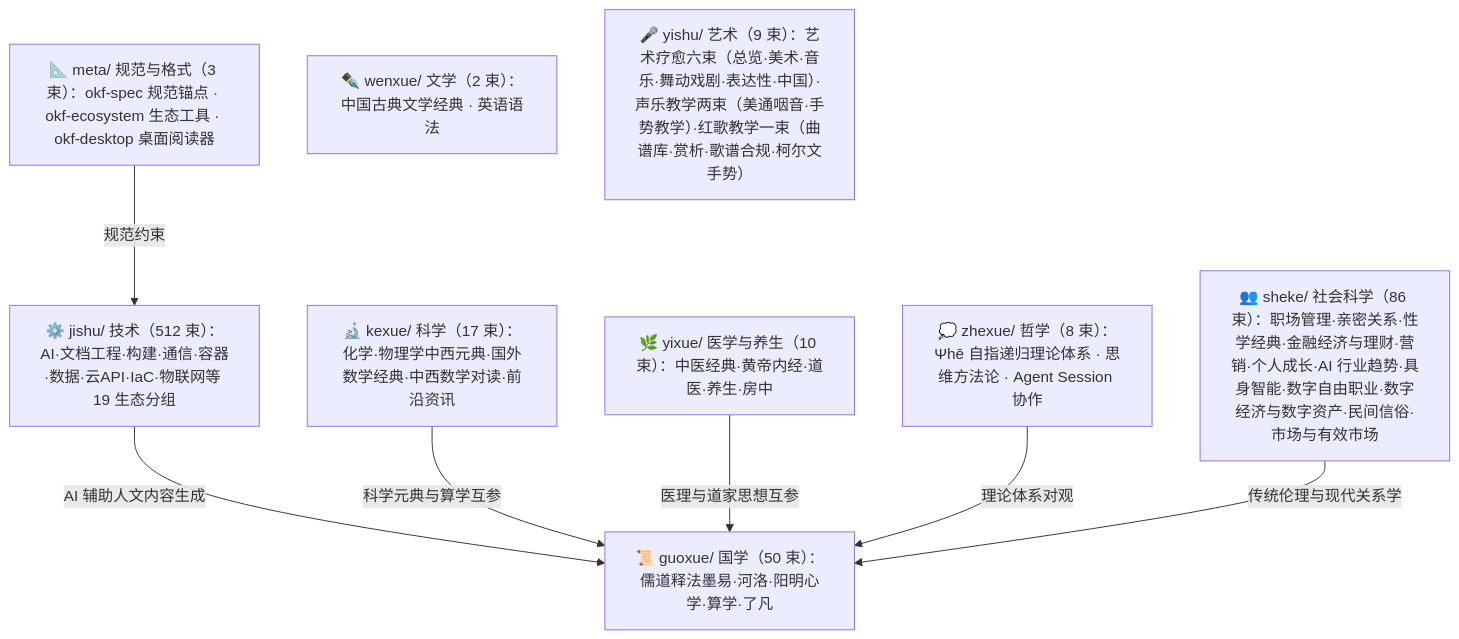
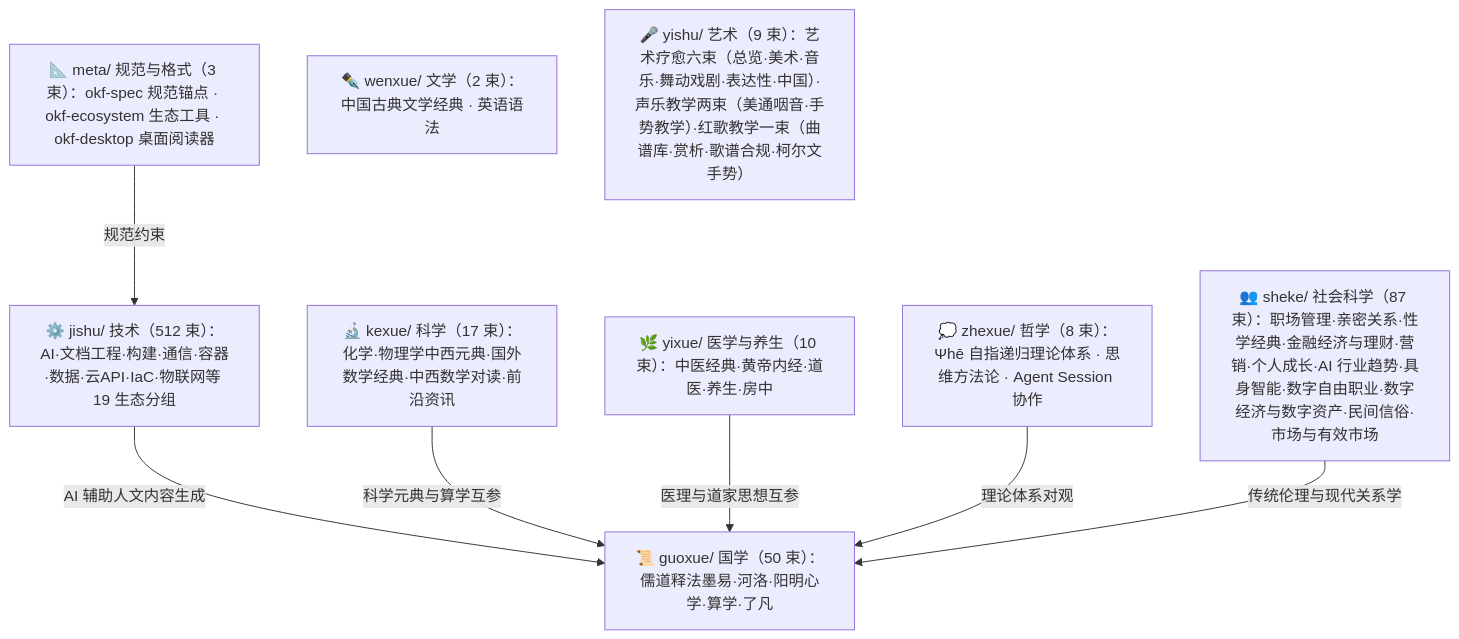
The diagram in doc/bundles/index.md (awesome-flexloop/awesome-okf), drawn with Mermaid before and after one commit. The commit also changed other lines of this file and 22 other files, not shown here.

First line of the commit message:
feat(bundles): 新增 AI 图像服务与内容变现知识包（博文转化）

````diff
--- a/doc/bundles/index.md
+++ b/doc/bundles/index.md
@@ -21,18 +21,18 @@
 ```mermaid
 flowchart TD
     meta["📐 meta/ 规范与格式（3 束）：okf-spec 规范锚点 · okf-ecosystem 生态工具 · okf-desktop 桌面阅读器"]
     guoxue["📜 guoxue/ 国学（50 束）：儒道释法墨易·河洛·阳明心学·算学·了凡"]
     zhexue["💭 zhexue/ 哲学（8 束）：Ψhē 自指递归理论体系 · 思维方法论 · Agent Session 协作"]
     kexue["🔬 kexue/ 科学（17 束）：化学·物理学中西元典·国外数学经典·中西数学对读·前沿资讯"]
     wenxue["✒️ wenxue/ 文学（2 束）：中国古典文学经典 · 英语语法"]
     yixue["🌿 yixue/ 医学与养生（10 束）：中医经典·黄帝内经·道医·养生·房中"]
-    sheke["👥 sheke/ 社会科学（86 束）：职场管理·亲密关系·性学经典·金融经济与理财·营销·个人成长·AI 行业趋势·具身智能·数字自由职业·数字经济与数字资产·民间信俗·市场与有效市场"]
+    sheke["👥 sheke/ 社会科学（87 束）：职场管理·亲密关系·性学经典·金融经济与理财·营销·个人成长·AI 行业趋势·具身智能·数字自由职业·数字经济与数字资产·民间信俗·市场与有效市场"]
     yishu["🎤 yishu/ 艺术（9 束）：艺术疗愈六束（总览·美术·音乐·舞动戏剧·表达性·中国）·声乐教学两束（美通咽音·手势教学）·红歌教学一束（曲谱库·赏析·歌谱合规·柯尔文手势）"]
     jishu["⚙️ jishu/ 技术（512 束）：AI·文档工程·构建·通信·容器·数据·云API·IaC·物联网等 19 生态分组"]
     meta -->|"规范约束"| jishu
     jishu -->|"AI 辅助人文内容生成"| guoxue
     kexue -->|"科学元典与算学互参"| guoxue
     yixue -->|"医理与道家思想互参"| guoxue
     zhexue -->|"理论体系对观"| guoxue
     sheke -->|"传统伦理与现代关系学"| guoxue
 ```
````
